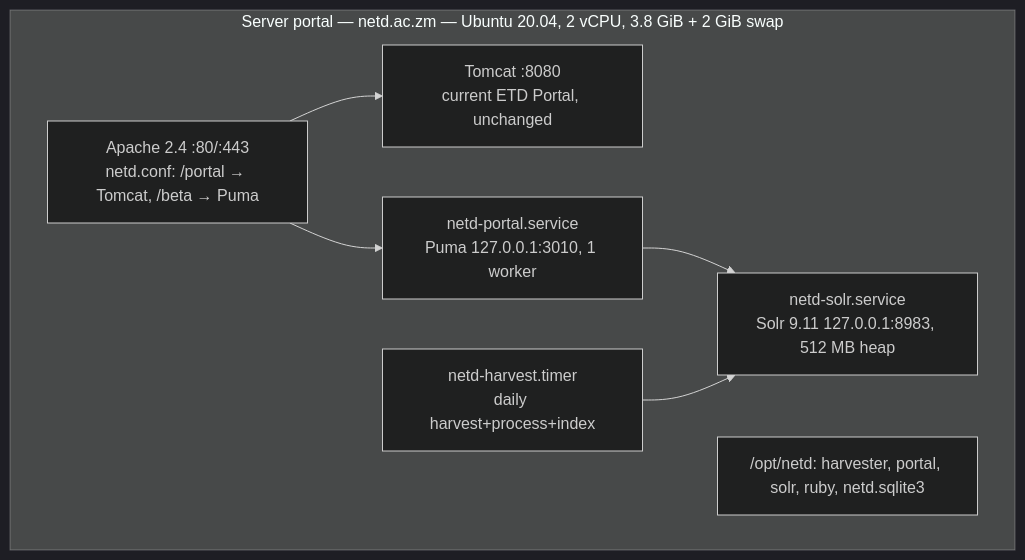
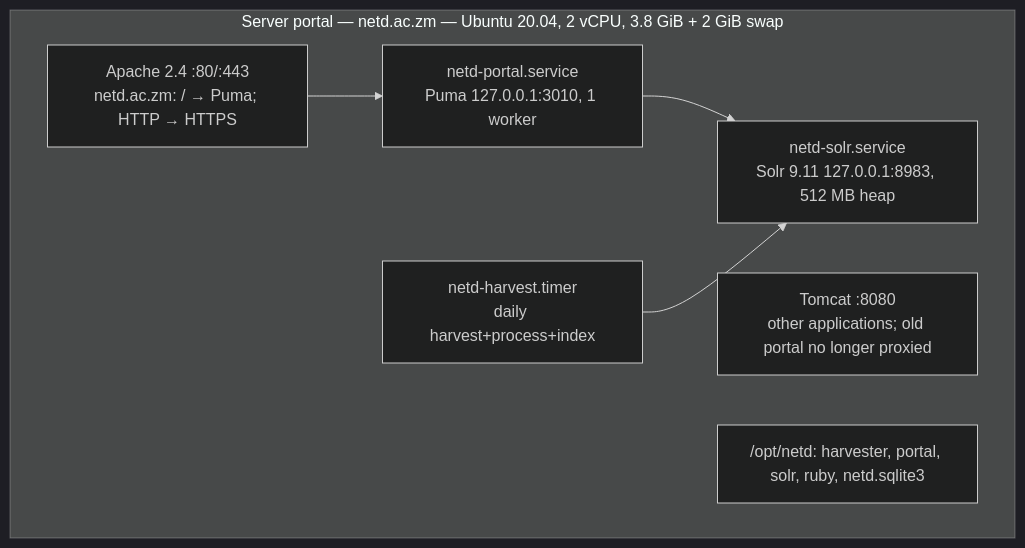
One commit to lightonphiri/code-datalab26-netd_aggregator changed the tenth of 10 diagrams in docs/SDD.md. Above: the diagram before and after it, drawn with Mermaid (dark theme). The commit also changed other lines of this file and 1 other file, not shown here.

Commit message:
Docs v0.8: portal at the site root; old ETD Portal retired

````diff
--- a/docs/SDD.md
+++ b/docs/SDD.md
@@ -325,15 +326,14 @@
 ```mermaid
 flowchart TB
   subgraph server ["Server portal — netd.ac.zm — Ubuntu 20.04, 2 vCPU, 3.8 GiB + 2 GiB swap"]
-    AP[Apache 2.4 :80/:443<br/>netd.conf: /portal → Tomcat, /beta → Puma]
-    TC["Tomcat :8080<br/>current ETD Portal, unchanged"]
+    AP[Apache 2.4 :80/:443<br/>netd.ac.zm: / → Puma; HTTP → HTTPS]
+    TC["Tomcat :8080<br/>other applications; old portal no longer proxied"]
     PU[netd-portal.service<br/>Puma 127.0.0.1:3010, 1 worker]
     SO[netd-solr.service<br/>Solr 9.11 127.0.0.1:8983, 512 MB heap]
     TI[netd-harvest.timer<br/>daily harvest+process+index]
     FS["/opt/netd: harvester, portal, solr, ruby, netd.sqlite3"]
   end
-  AP --> TC
   AP --> PU
   PU --> SO
   TI --> SO
 ```
````
